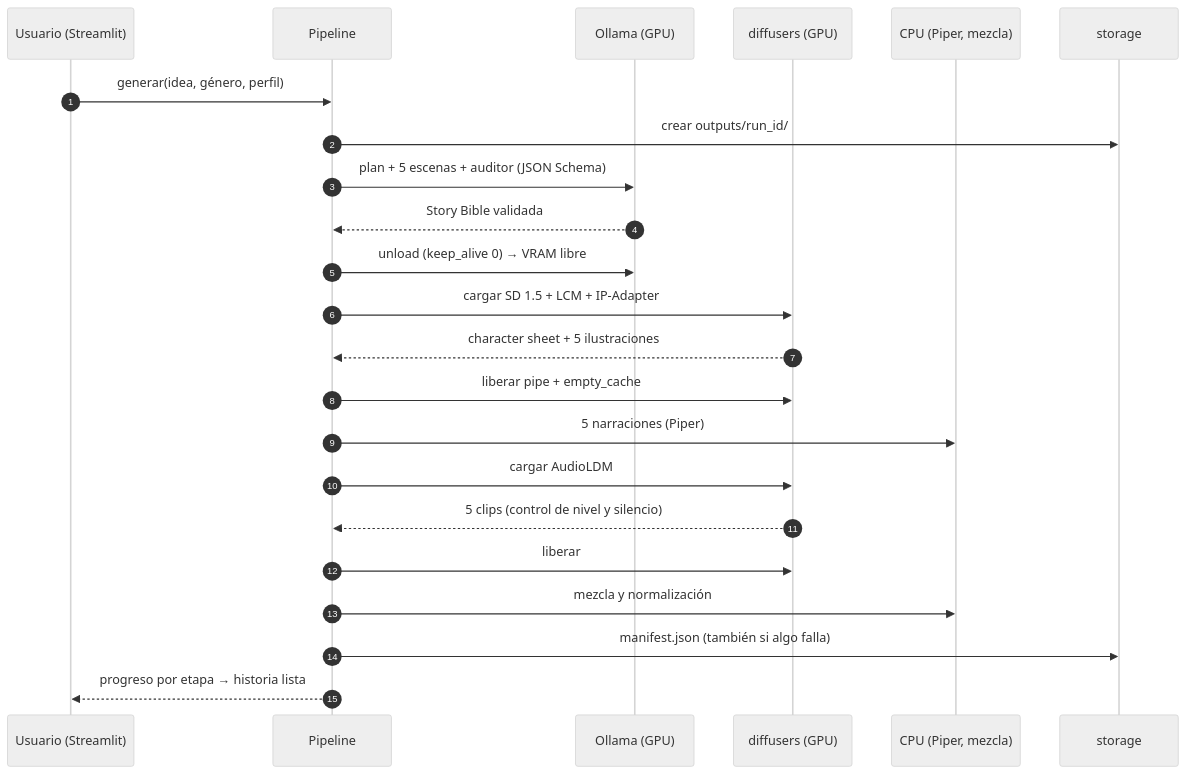
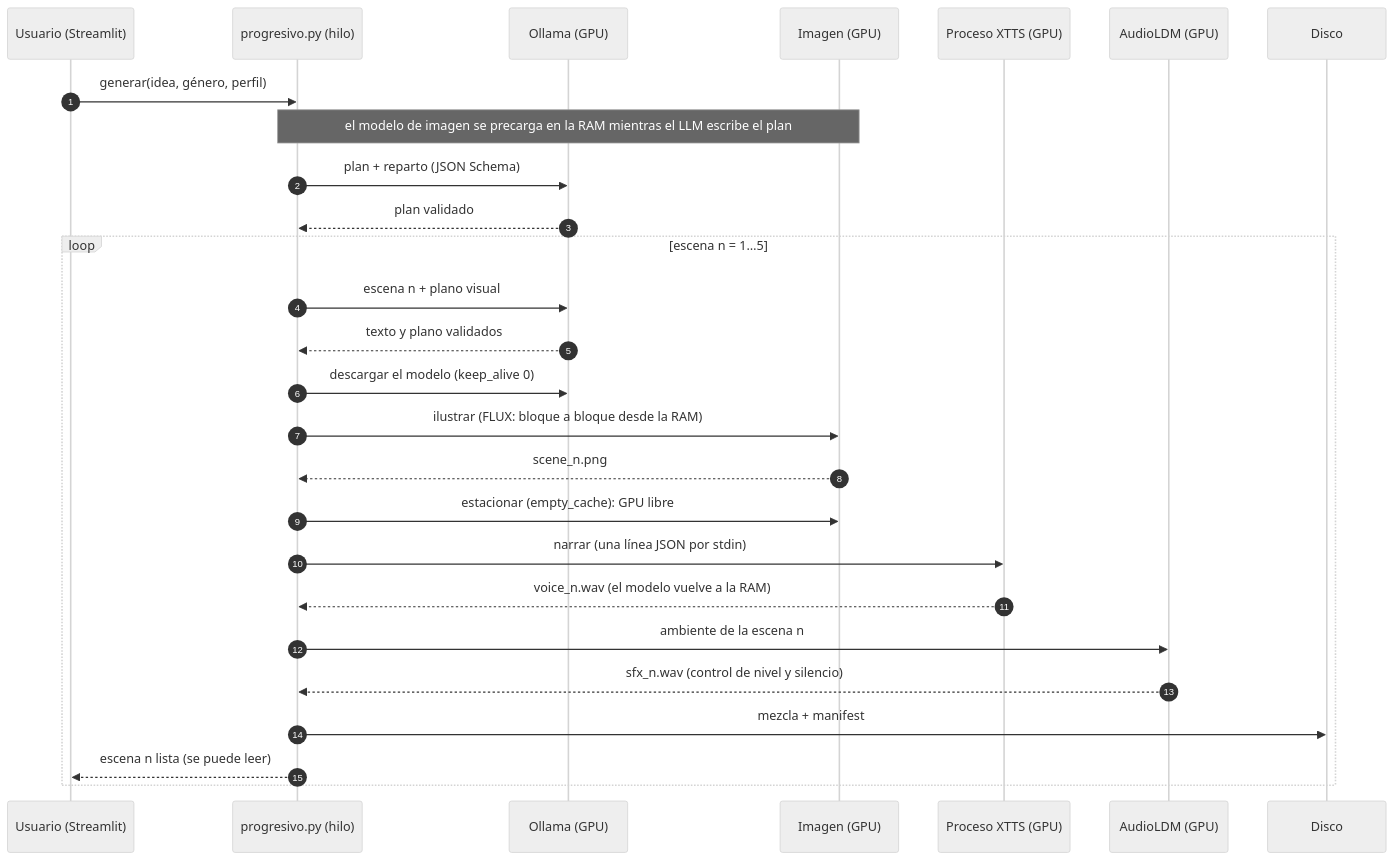
Before and after one commit to DiegoAlejandroU/StoryBook-IA: the third of 4 diagrams in docs/arquitectura.md, drawn with Mermaid (neutral theme). The commit also changed other lines of this file and 21 other files, not shown here.

````diff
--- a/docs/arquitectura.md
+++ b/docs/arquitectura.md
@@ -131,26 +125,29 @@
 ```mermaid
 sequenceDiagram
     autonumber
     participant U as Usuario (Streamlit)
-    participant P as Pipeline
+    participant P as progresivo.py (hilo)
     participant O as Ollama (GPU)
-    participant D as diffusers (GPU)
-    participant C as CPU (Piper, mezcla)
-    participant S as storage
-
+    participant I as Imagen (GPU)
+    participant X as Proceso XTTS (GPU)
+    participant A as AudioLDM (GPU)
+    participant S as Disco
     U->>P: generar(idea, género, perfil)
-    P->>S: crear outputs/run_id/
-    P->>O: plan + 5 escenas + auditor (JSON Schema)
-    O-->>P: Story Bible validada
-    P->>O: unload (keep_alive 0) → VRAM libre
-    P->>D: cargar SD 1.5 + LCM + IP-Adapter
-    D-->>P: character sheet + 5 ilustraciones
-    P->>D: liberar pipe + empty_cache
-    P->>C: 5 narraciones (Piper)
-    P->>D: cargar AudioLDM
-    D-->>P: 5 clips (control de nivel y silencio)
-    P->>D: liberar
-    P->>C: mezcla y normalización
-    P->>S: manifest.json (también si algo falla)
-    P-->>U: progreso por etapa → historia lista
+    Note over P,I: el modelo de imagen se precarga en la RAM mientras el LLM escribe el plan
+    P->>O: plan + reparto (JSON Schema)
+    O-->>P: plan validado
+    loop escena n = 1…5
+        P->>O: escena n + plano visual
+        O-->>P: texto y plano validados
+        P->>O: descargar el modelo (keep_alive 0)
+        P->>I: ilustrar (FLUX: bloque a bloque desde la RAM)
+        I-->>P: scene_n.png
+        P->>I: estacionar (empty_cache): GPU libre
+        P->>X: narrar (una línea JSON por stdin)
+        X-->>P: voice_n.wav (el modelo vuelve a la RAM)
+        P->>A: ambiente de la escena n
+        A-->>P: sfx_n.wav (control de nivel y silencio)
+        P->>S: mezcla + manifest
+        P-->>U: escena n lista (se puede leer)
+    end
 ```
````
